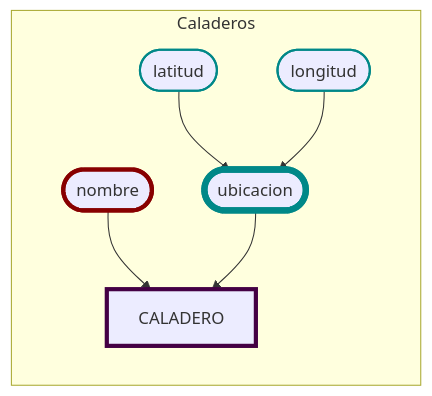
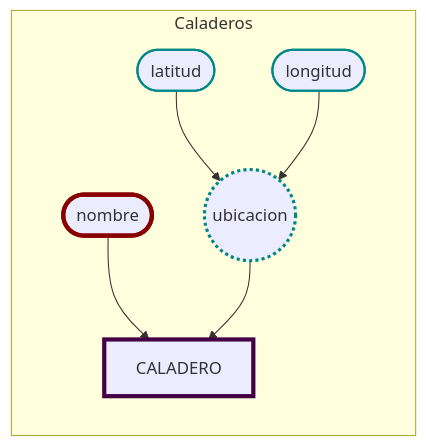
One commit to JulTob/Data changed the fourth of 10 diagrams in DataBases/lonja_DB.md. Above: the diagram before and after it, drawn with Mermaid. The commit also changed other lines of this file, not shown here.

````diff
--- a/DataBases/lonja_DB.md
+++ b/DataBases/lonja_DB.md
@@ -98,17 +98,18 @@
 ```mermaid
 flowchart LR   
   classDef atributo stroke:#088,stroke-width:2px;
-  classDef atributo_der stroke:#088,stroke-width:6px;
+  classDef derivado stroke-width:3px, stroke-dasharray:3 3;
   classDef pk stroke:#800,stroke-width:4px;
   classDef entidad stroke:#404,stroke-width:4px;
 
   %% Atributos CALADERO
   subgraph Caladeros
     Caladero[CALADERO]:::entidad
     nombre([nombre]):::pk --> Caladero
-    ubicacion([ubicacion]):::atributo_der --> Caladero
+    ubicacion((ubicacion)):::atributo --> Caladero
+      ubicacion:::derivado
       latitud([latitud]):::atributo --> ubicacion
       longitud([longitud]):::atributo --> ubicacion
 
     end
 ```
````
